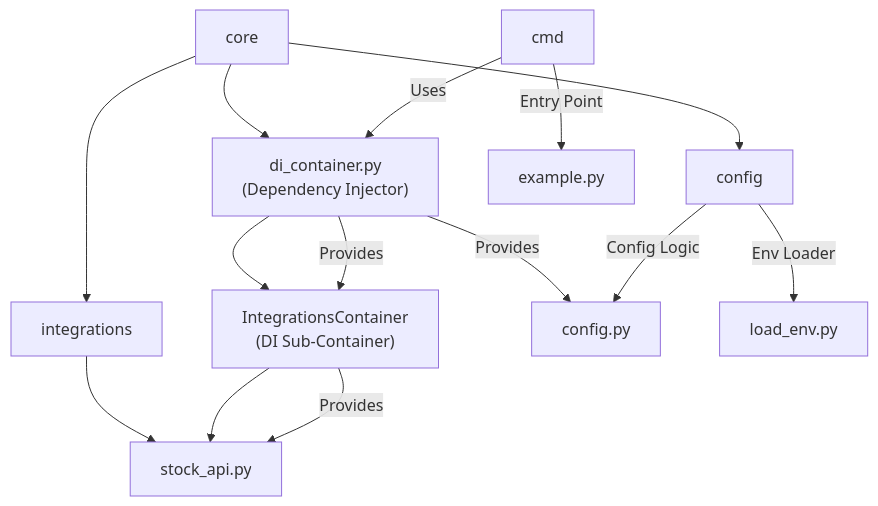
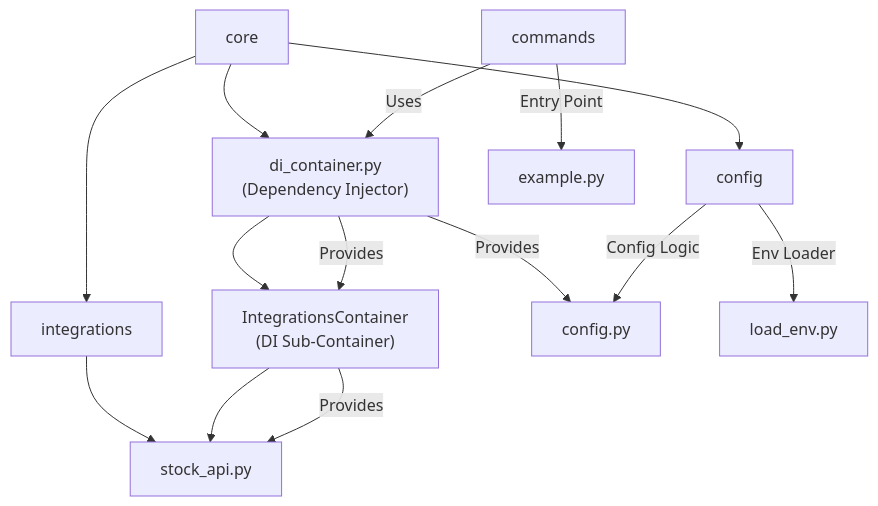
Before and after one commit to slmyers/portfolio_tracker: the diagram in docs/module_architecture.md, drawn with Mermaid. The commit also changed other lines of this file and 16 other files, not shown here.

````diff
--- a/docs/module_architecture.md
+++ b/docs/module_architecture.md
@@ -7,24 +7,24 @@
 ```mermaid
 graph TD
     A[core]
     A1[config]
     A2[integrations]
     S1[stock_api.py]
     IC["IntegrationsContainer<br/>(DI Sub-Container)"]
     DI["di_container.py<br/>(Dependency Injector)"]
-    B[cmd]
+    B[commands]
     
     A --> A1
     A --> A2
     A2 --> S1
     A --> DI
     DI --> IC
     IC --> S1
     B -->|Entry Point| EX[example.py]
     B -->|Uses| DI
     DI -->|Provides| C1[config.py]
     DI -->|Provides| IC
     IC -->|Provides| S1[stock_api.py]
     A1 -->|Config Logic| C1[config.py]
     A1 -->|Env Loader| C2[load_env.py]
 ```
````
